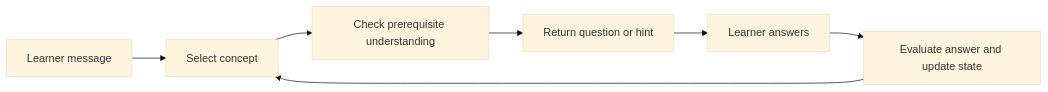
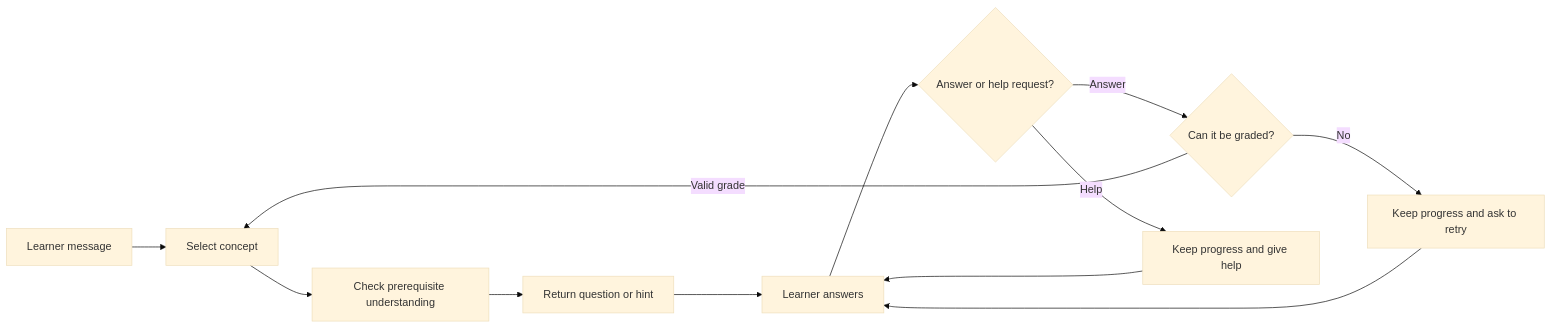
The diagram in docs/plog/README.md (yukiharada1228/videoq), drawn with Mermaid (base theme) before and after one commit. The commit also changed other lines of this file and 8 other files, not shown here.

````diff
--- a/docs/plog/README.md
+++ b/docs/plog/README.md
@@ -45,9 +45,14 @@
 ```mermaid
 flowchart LR
     Input[Learner message] --> Concept[Select concept]
     Concept --> Prerequisite[Check prerequisite understanding]
     Prerequisite --> Question[Return question or hint]
     Question --> Reply[Learner answers]
-    Reply --> Grade[Evaluate answer and update state]
-    Grade --> Concept
+    Reply --> Intent{Answer or help request?}
+    Intent -->|Answer| Grade{Can it be graded?}
+    Grade -->|Valid grade| Concept
+    Grade -->|No| Retry[Keep progress and ask to retry]
+    Intent -->|Help| Help[Keep progress and give help]
+    Retry --> Reply
+    Help --> Reply
 ```
````
